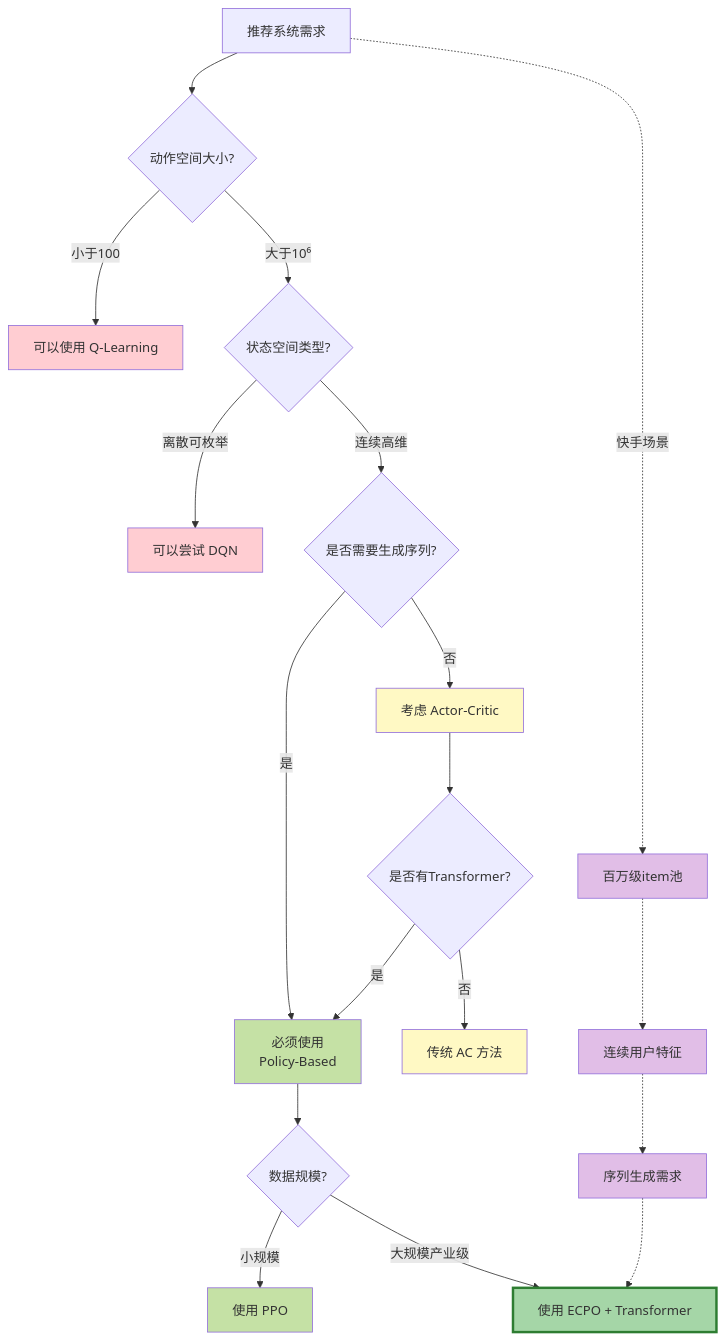
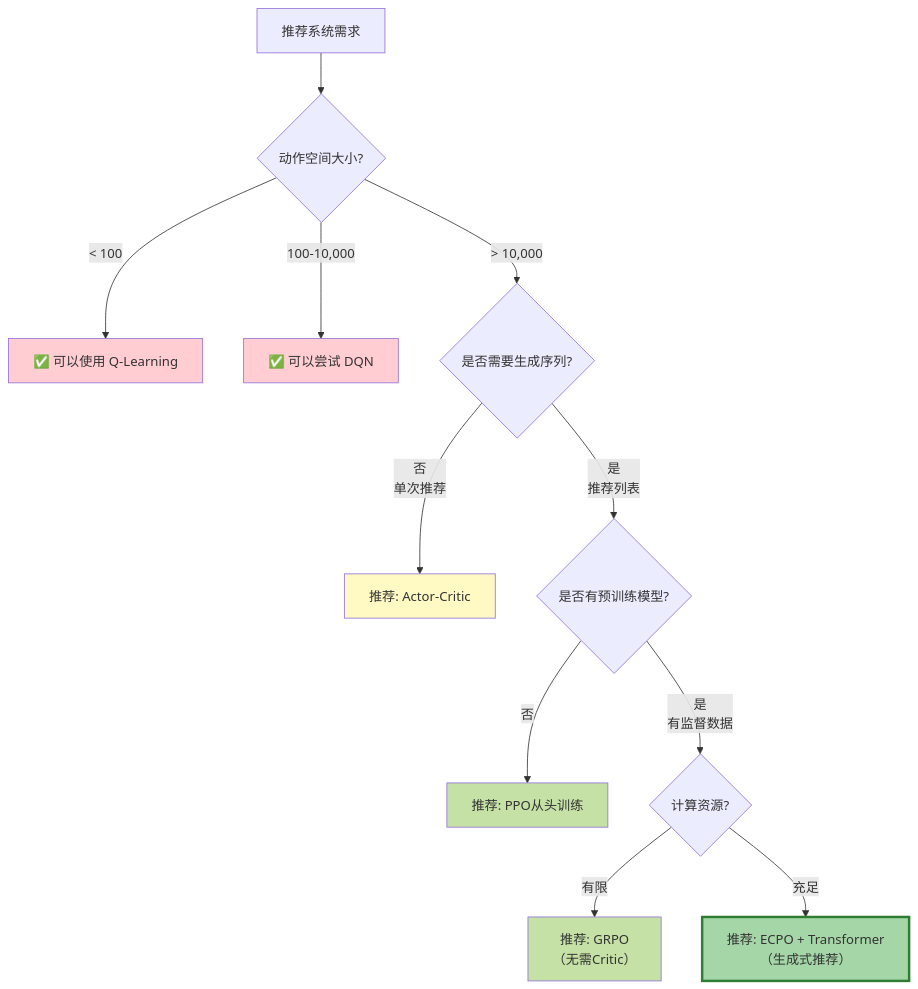
The sixth of 10 diagrams in theory/foundations/04_rl_evolution_to_onerec.md (konyellin-cyber/RL), drawn with Mermaid before and after one commit. The commit also changed other lines of this file and 3 other files, not shown here.

````diff
--- a/theory/foundations/04_rl_evolution_to_onerec.md
+++ b/theory/foundations/04_rl_evolution_to_onerec.md
@@ -246,37 +1277,24 @@
 ```mermaid
 graph TD
     Start["推荐系统需求"] --> Q1{"动作空间大小?"}
     
-    Q1 -->|"小于100"| V1["可以使用 Q-Learning"]
-    Q1 -->|"大于10⁶"| Q2{"状态空间类型?"}
+    Q1 -->|"< 100"| V1["✅ 可以使用 Q-Learning"]
+    Q1 -->|"100-10,000"| V2["✅ 可以尝试 DQN"]
+    Q1 -->|"> 10,000"| Q2{"是否需要生成序列?"}
     
-    Q2 -->|"离散可枚举"| V2["可以尝试 DQN"]
-    Q2 -->|"连续高维"| Q3{"是否需要生成序列?"}
+    Q2 -->|"否<br/>单次推荐"| P1["推荐: Actor-Critic"]
+    Q2 -->|"是<br/>推荐列表"| Q3{"是否有预训练模型?"}
     
-    Q3 -->|"是"| P1["必须使用<br/>Policy-Based"]
-    Q3 -->|"否"| V3["考虑 Actor-Critic"]
+    Q3 -->|"否"| P2["推荐: PPO从头训练"]
+    Q3 -->|"是<br/>有监督数据"| Q4{"计算资源?"}
     
-    V3 --> Q4{"是否有Transformer?"}
-    Q4 -->|"是"| P1
-    Q4 -->|"否"| V4["传统 AC 方法"]
-    
-    P1 --> Q5{"数据规模?"}
-    Q5 -->|"小规模"| P2["使用 PPO"]
-    Q5 -->|"大规模产业级"| P3["使用 ECPO + Transformer"]
-    
-    Start -.快手场景.-> Fast1["百万级item池"]
-    Fast1 -.-> Fast2["连续用户特征"]
-    Fast2 -.-> Fast3["序列生成需求"]
-    Fast3 -.-> P3
+    Q4 -->|"有限"| P3["推荐: GRPO<br/>（无需Critic）"]
+    Q4 -->|"充足"| P4["推荐: ECPO + Transformer<br/>（生成式推荐）"]
     
     style V1 fill:#ffcdd2
     style V2 fill:#ffcdd2
-    style V3 fill:#fff9c4
-    style V4 fill:#fff9c4
-    style P1 fill:#c5e1a5
+    style P1 fill:#fff9c4
     style P2 fill:#c5e1a5
-    style P3 fill:#a5d6a7,stroke:#2e7d32,stroke-width:3px
-    style Fast1 fill:#e1bee7
-    style Fast2 fill:#e1bee7
-    style Fast3 fill:#e1bee7
+    style P3 fill:#c5e1a5
+    style P4 fill:#a5d6a7,stroke:#2e7d32,stroke-width:3px
 ```
````
